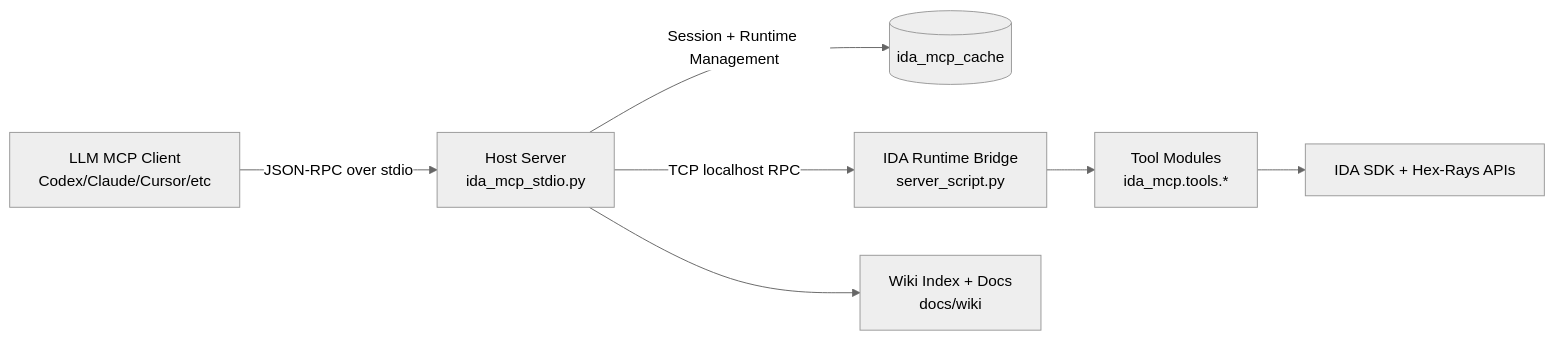
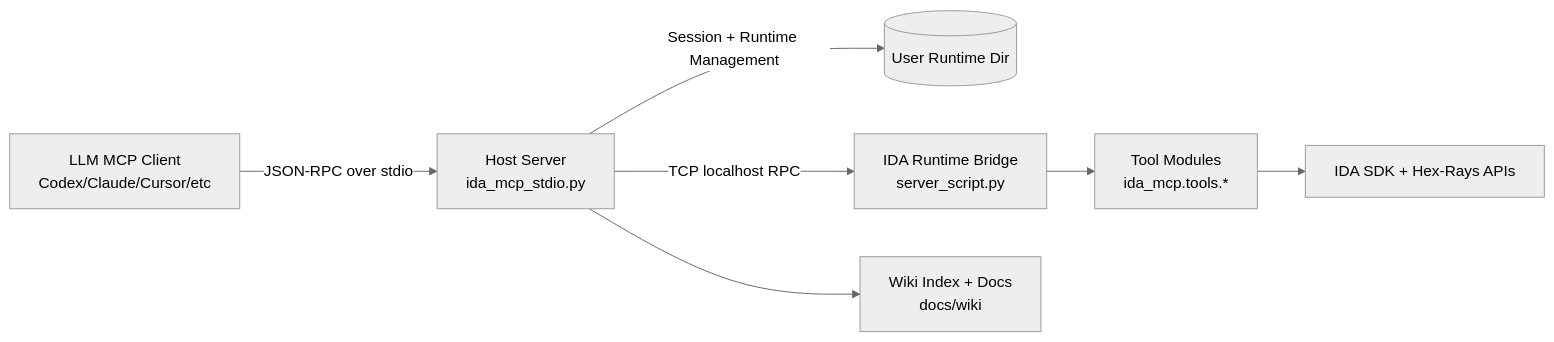
One commit to GrecAndrei/ida-pro-mcp changed the first of 3 diagrams in README.md. Above: the diagram before and after it, drawn with Mermaid (neutral theme). The commit also changed other lines of this file and 6 other files, not shown here.

````diff
--- a/README.md
+++ b/README.md
@@ -184,9 +184,9 @@
 ```mermaid
 flowchart LR
     A[LLM MCP Client\nCodex/Claude/Cursor/etc] -->|JSON-RPC over stdio| B[Host Server\nida_mcp_stdio.py]
-    B -->|Session + Runtime Management| C[(ida_mcp_cache)]
+    B -->|Session + Runtime Management| C[(User Runtime Dir)]
     B -->|TCP localhost RPC| D[IDA Runtime Bridge\nserver_script.py]
     D --> E[Tool Modules\nida_mcp.tools.*]
     E --> F[IDA SDK + Hex-Rays APIs]
     B --> G[Wiki Index + Docs\ndocs/wiki]
 ```
````
